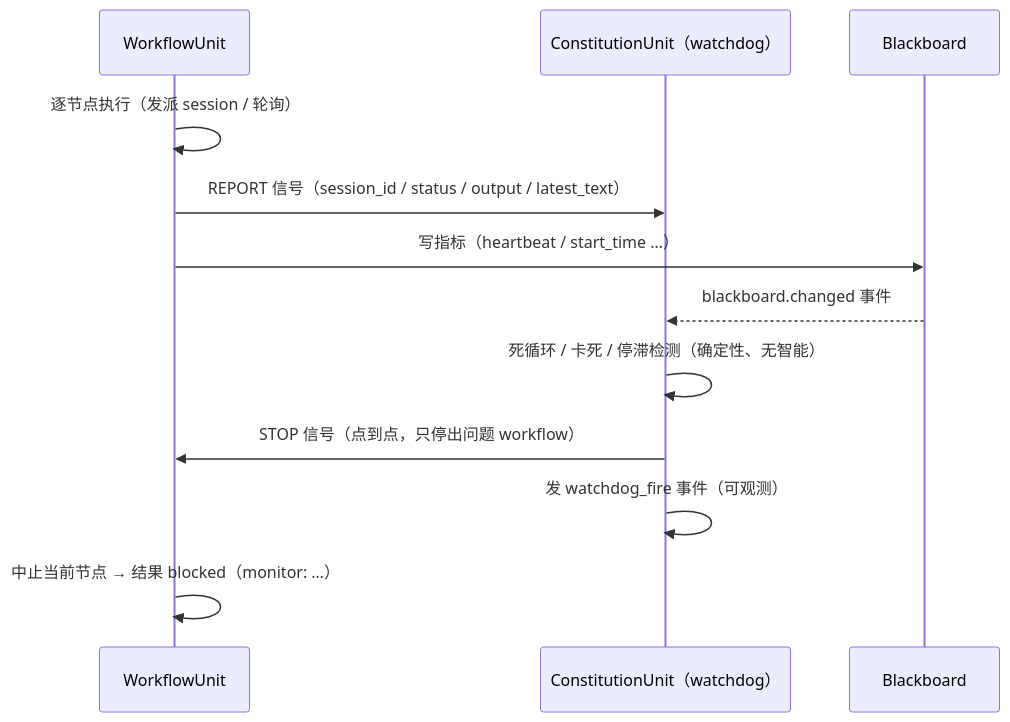
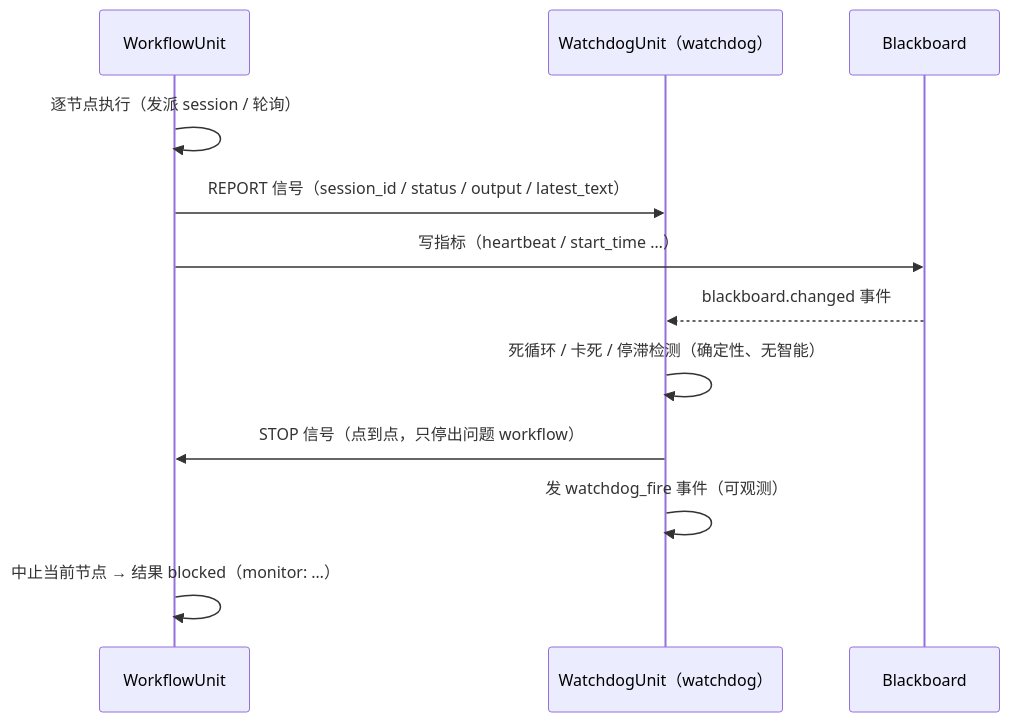
The diagram in docs/architecture/02_statechart_network.md (haberzero/regime-driver), drawn with Mermaid before and after one commit. The commit also changed other lines of this file and 138 other files, not shown here.

````diff
--- a/docs/architecture/02_statechart_network.md
+++ b/docs/architecture/02_statechart_network.md
@@ -238,15 +238,15 @@
 ```mermaid
 sequenceDiagram
     participant 工作流 as WorkflowUnit
-    participant 宪法 as ConstitutionUnit（watchdog）
+    participant 看门狗 as WatchdogUnit（watchdog）
     participant 黑板 as Blackboard
 
     工作流->>工作流: 逐节点执行（发派 session / 轮询）
-    工作流->>宪法: REPORT 信号（session_id / status / output / latest_text）
+    工作流->>看门狗: REPORT 信号（session_id / status / output / latest_text）
     工作流->>黑板: 写指标（heartbeat / start_time …）
-    黑板-->>宪法: blackboard.changed 事件
-    宪法->>宪法: 死循环 / 卡死 / 停滞检测（确定性、无智能）
-    宪法->>工作流: STOP 信号（点到点，只停出问题 workflow）
-    宪法->>宪法: 发 watchdog_fire 事件（可观测）
+    黑板-->>看门狗: blackboard.changed 事件
+    看门狗->>看门狗: 死循环 / 卡死 / 停滞检测（确定性、无智能）
+    看门狗->>工作流: STOP 信号（点到点，只停出问题 workflow）
+    看门狗->>看门狗: 发 watchdog_fire 事件（可观测）
     工作流->>工作流: 中止当前节点 → 结果 blocked（monitor: …）
 ```
````
